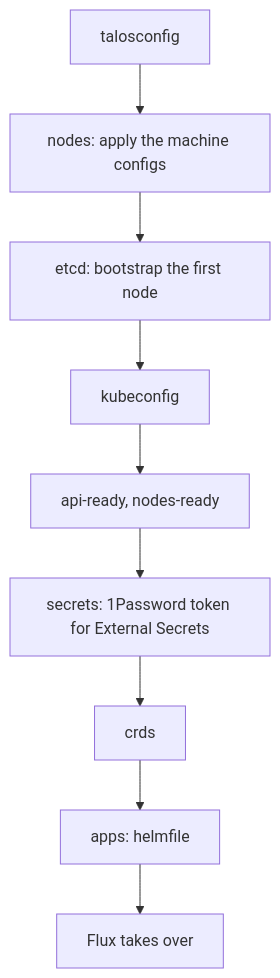
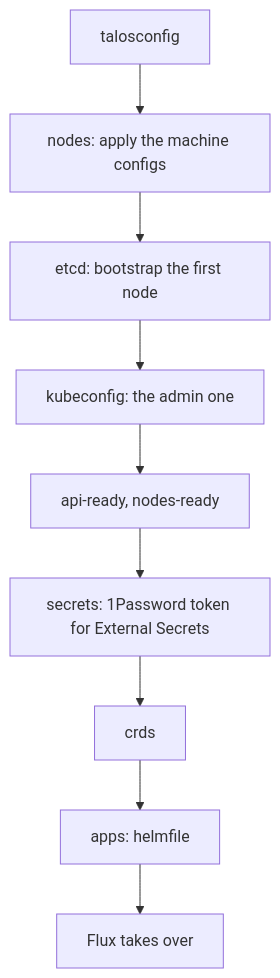
The diagram in docs/cluster/README.md (shellt0pia/infrastructure), drawn with Mermaid before and after one commit. The commit also changed other lines of this file and 19 other files, not shown here.

````diff
--- a/docs/cluster/README.md
+++ b/docs/cluster/README.md
@@ -35,11 +36,11 @@
 ```mermaid
 flowchart TD
     A[talosconfig] --> B[nodes: apply the machine configs]
     B --> C[etcd: bootstrap the first node]
-    C --> D[kubeconfig]
+    C --> D[kubeconfig: the admin one]
     D --> E[api-ready, nodes-ready]
     E --> F[secrets: 1Password token for External Secrets]
     F --> G[crds]
     G --> H[apps: helmfile]
     H --> I[Flux takes over]
 ```
````
